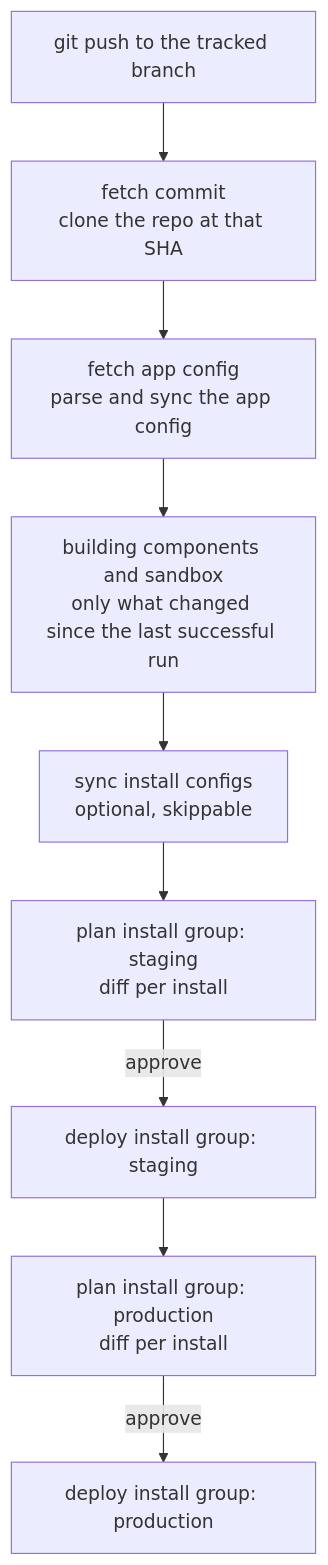
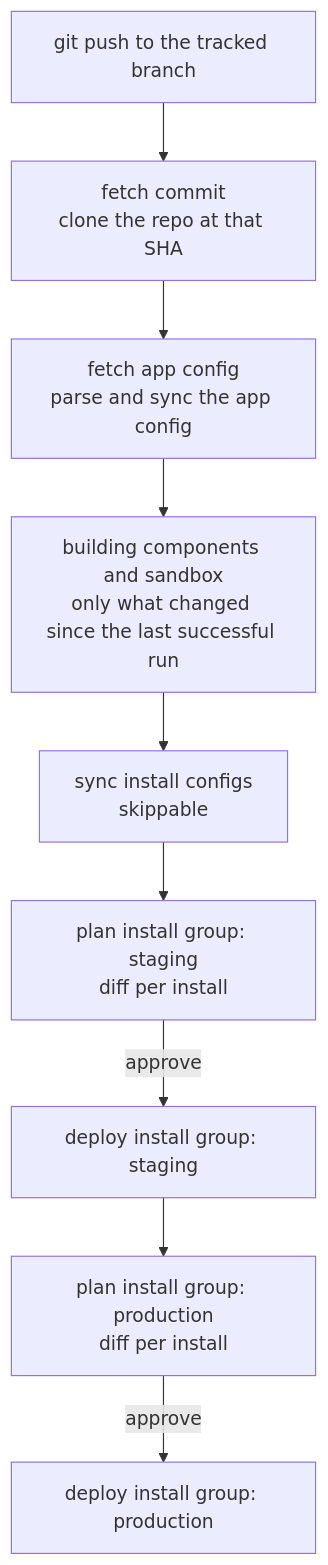
Before and after one commit to nuonco/nuon: the first of 2 diagrams in docs/concepts/app-branches.mdx, drawn with Mermaid. The commit also changed other lines of this file and 6 other files, not shown here.

First line of the commit message:
docs: remove install-configs-in-git; regenerate config reference on main

````diff
--- a/docs/concepts/app-branches.mdx
+++ b/docs/concepts/app-branches.mdx
@@ -30,11 +30,11 @@
 ```mermaid
 flowchart TD
     push["git push to the tracked branch"] --> fetch["fetch commit<br/>clone the repo at that SHA"]
     fetch --> config["fetch app config<br/>parse and sync the app config"]
     config --> build["building components and sandbox<br/>only what changed since the last successful run"]
-    build --> sync["sync install configs<br/>optional, skippable"]
+    build --> sync["sync install configs<br/>skippable"]
     sync --> plan1["plan install group: staging<br/>diff per install"]
     plan1 -->|approve| deploy1["deploy install group: staging"]
     deploy1 --> plan2["plan install group: production<br/>diff per install"]
     plan2 -->|approve| deploy2["deploy install group: production"]
 ```
````
